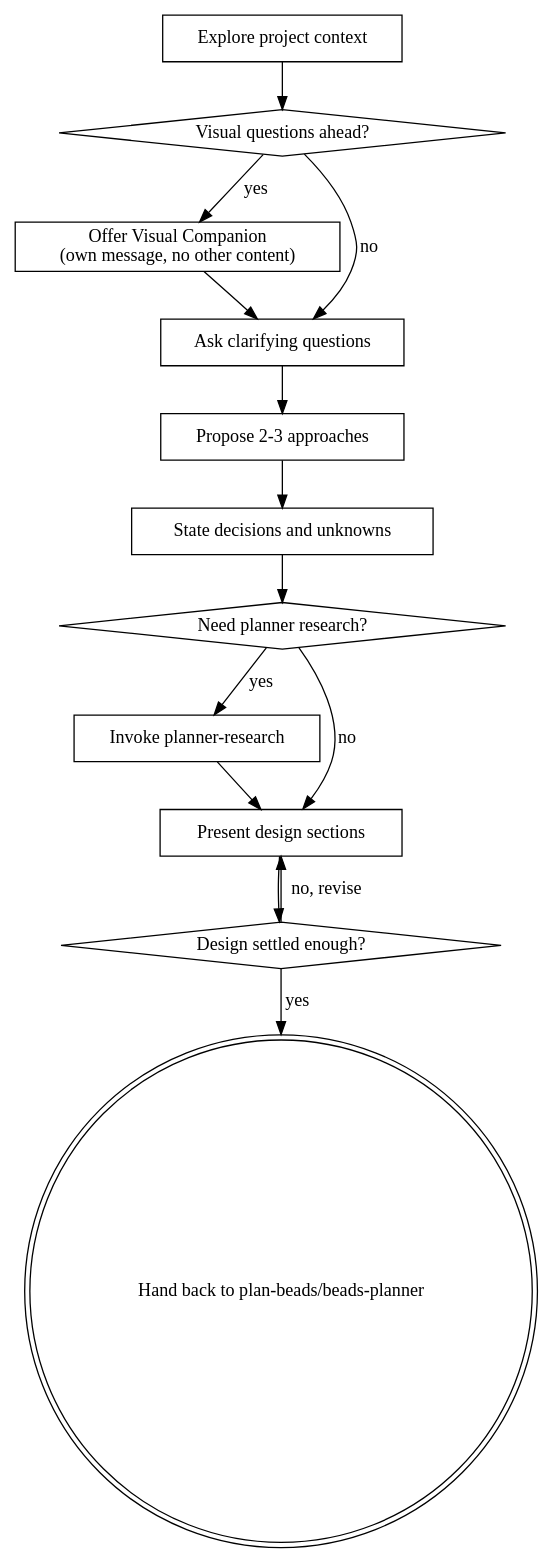
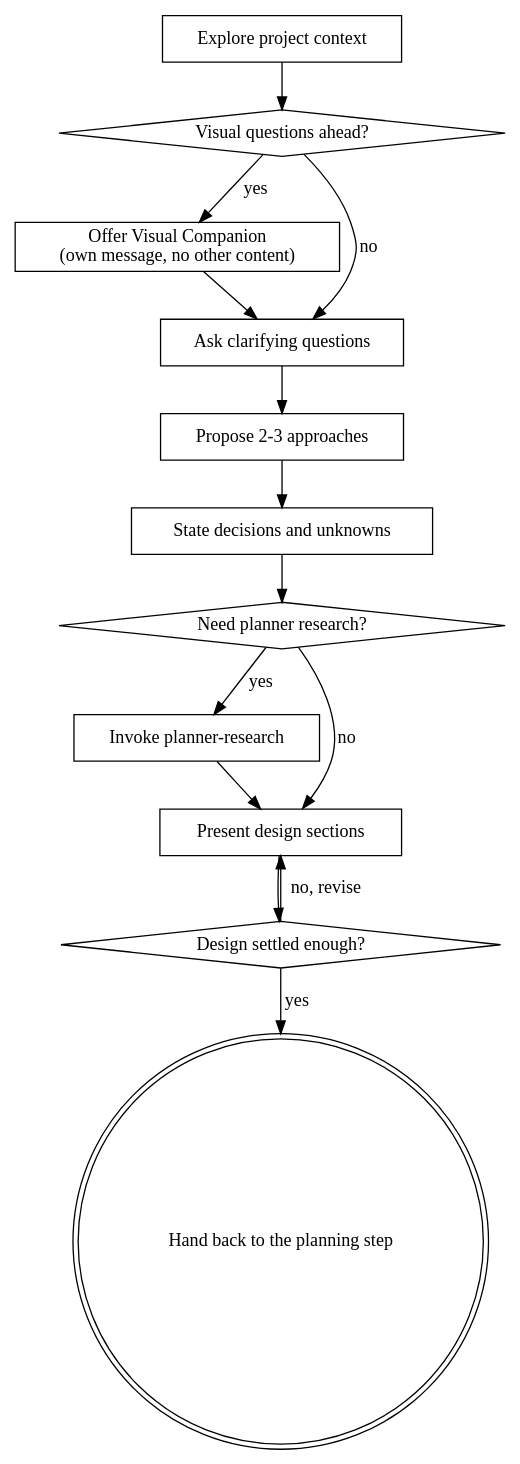
Before and after one commit to doviettung96/agent-workflow-template: the diagram in skills/brainstorming/SKILL.md, drawn with Graphviz. The commit also changed other lines of this file and 95 other files, not shown here.

````diff
--- a/skills/brainstorming/SKILL.md
+++ b/skills/brainstorming/SKILL.md
@@ -37,29 +37,29 @@
 ```dot
 digraph brainstorming {
     "Explore project context" [shape=box];
     "Visual questions ahead?" [shape=diamond];
     "Offer Visual Companion\n(own message, no other content)" [shape=box];
     "Ask clarifying questions" [shape=box];
     "Propose 2-3 approaches" [shape=box];
     "State decisions and unknowns" [shape=box];
     "Need planner research?" [shape=diamond];
     "Invoke planner-research" [shape=box];
     "Present design sections" [shape=box];
     "Design settled enough?" [shape=diamond];
-    "Hand back to plan-beads/beads-planner" [shape=doublecircle];
+    "Hand back to the planning step" [shape=doublecircle];
 
     "Explore project context" -> "Visual questions ahead?";
     "Visual questions ahead?" -> "Offer Visual Companion\n(own message, no other content)" [label="yes"];
     "Visual questions ahead?" -> "Ask clarifying questions" [label="no"];
     "Offer Visual Companion\n(own message, no other content)" -> "Ask clarifying questions";
     "Ask clarifying questions" -> "Propose 2-3 approaches";
     "Propose 2-3 approaches" -> "State decisions and unknowns";
     "State decisions and unknowns" -> "Need planner research?";
     "Need planner research?" -> "Invoke planner-research" [label="yes"];
     "Need planner research?" -> "Present design sections" [label="no"];
     "Invoke planner-research" -> "Present design sections";
     "Present design sections" -> "Design settled enough?";
     "Design settled enough?" -> "Present design sections" [label="no, revise"];
-    "Design settled enough?" -> "Hand back to plan-beads/beads-planner" [label="yes"];
+    "Design settled enough?" -> "Hand back to the planning step" [label="yes"];
 }
 ```
````
